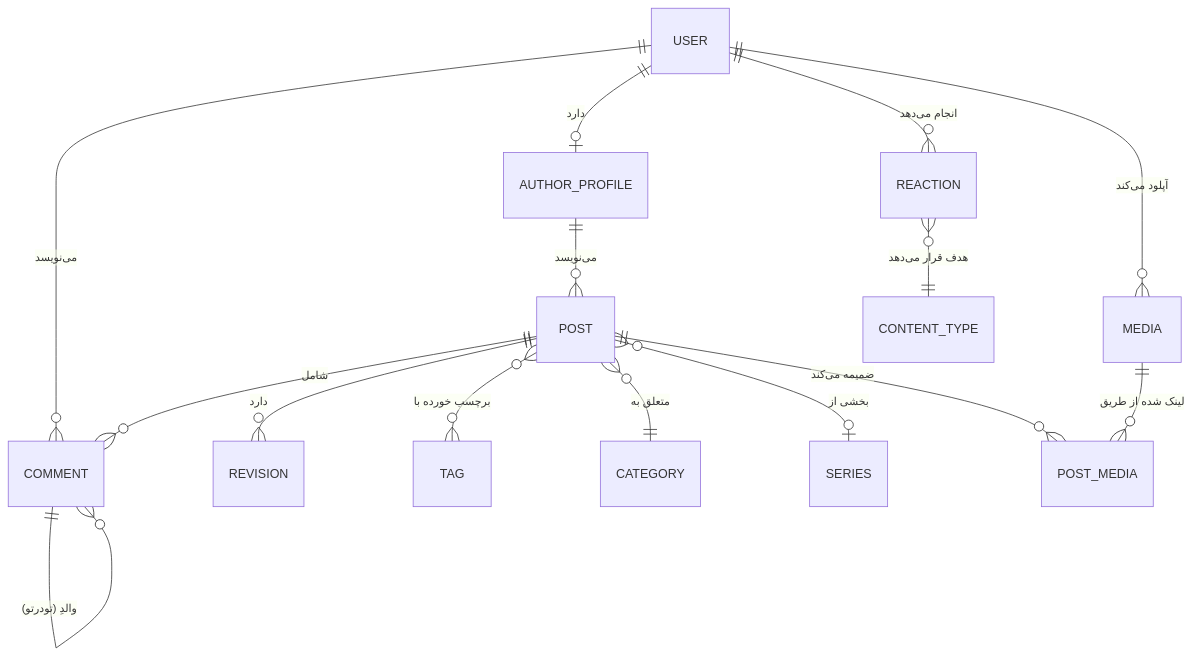
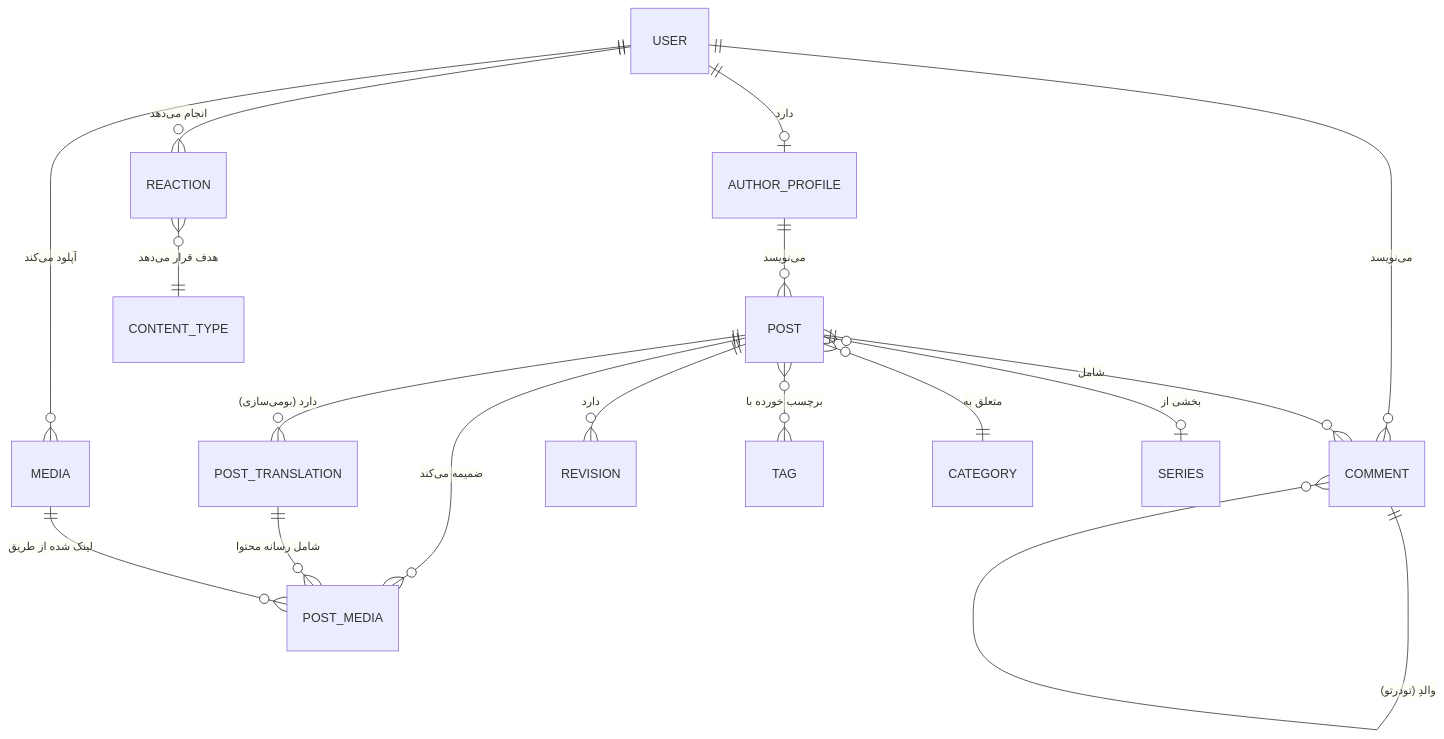
The first of 4 diagrams in COMPREHENSIVE_ARCHITECTURE_FA.md (amirhossein-moloki/Blog), drawn with Mermaid before and after one commit. The commit also changed other lines of this file and 1 other file, not shown here.

First line of the commit message:
docs: update comprehensive architecture documents (FA & EN)

````diff
--- a/COMPREHENSIVE_ARCHITECTURE_FA.md
+++ b/COMPREHENSIVE_ARCHITECTURE_FA.md
@@ -313,21 +327,23 @@
 ```mermaid
 erDiagram
     USER ||--o| AUTHOR_PROFILE : "دارد"
     USER ||--o{ MEDIA : "آپلود می‌کند"
     USER ||--o{ COMMENT : "می‌نویسد"
     USER ||--o{ REACTION : "انجام می‌دهد"
 
     AUTHOR_PROFILE ||--o{ POST : "می‌نویسد"
 
+    POST ||--o{ POST_TRANSLATION : "دارد (بومی‌سازی)"
     POST ||--o{ COMMENT : "شامل"
     POST ||--o{ REVISION : "دارد"
     POST }o--o{ TAG : "برچسب خورده با"
     POST }o--|| CATEGORY : "متعلق به"
     POST }o--o| SERIES : "بخشی از"
 
     POST ||--o{ POST_MEDIA : "ضمیمه می‌کند"
+    POST_TRANSLATION ||--o{ POST_MEDIA : "شامل رسانه محتوا"
     MEDIA ||--o{ POST_MEDIA : "لینک شده از طریق"
 
     COMMENT ||--o{ COMMENT : "والدِ (تودرتو)"
     REACTION }o--|| CONTENT_TYPE : "هدف قرار می‌دهد"
 ```
````
